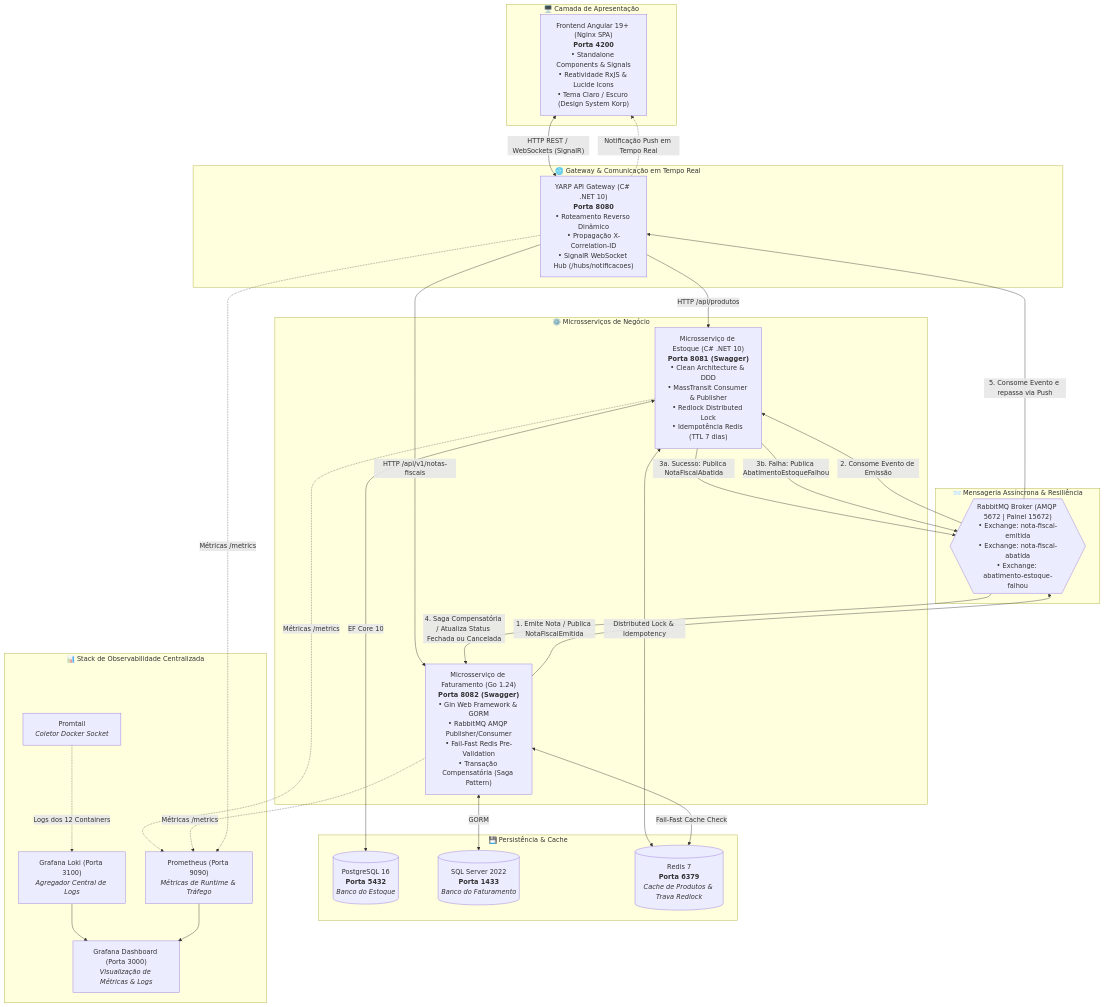
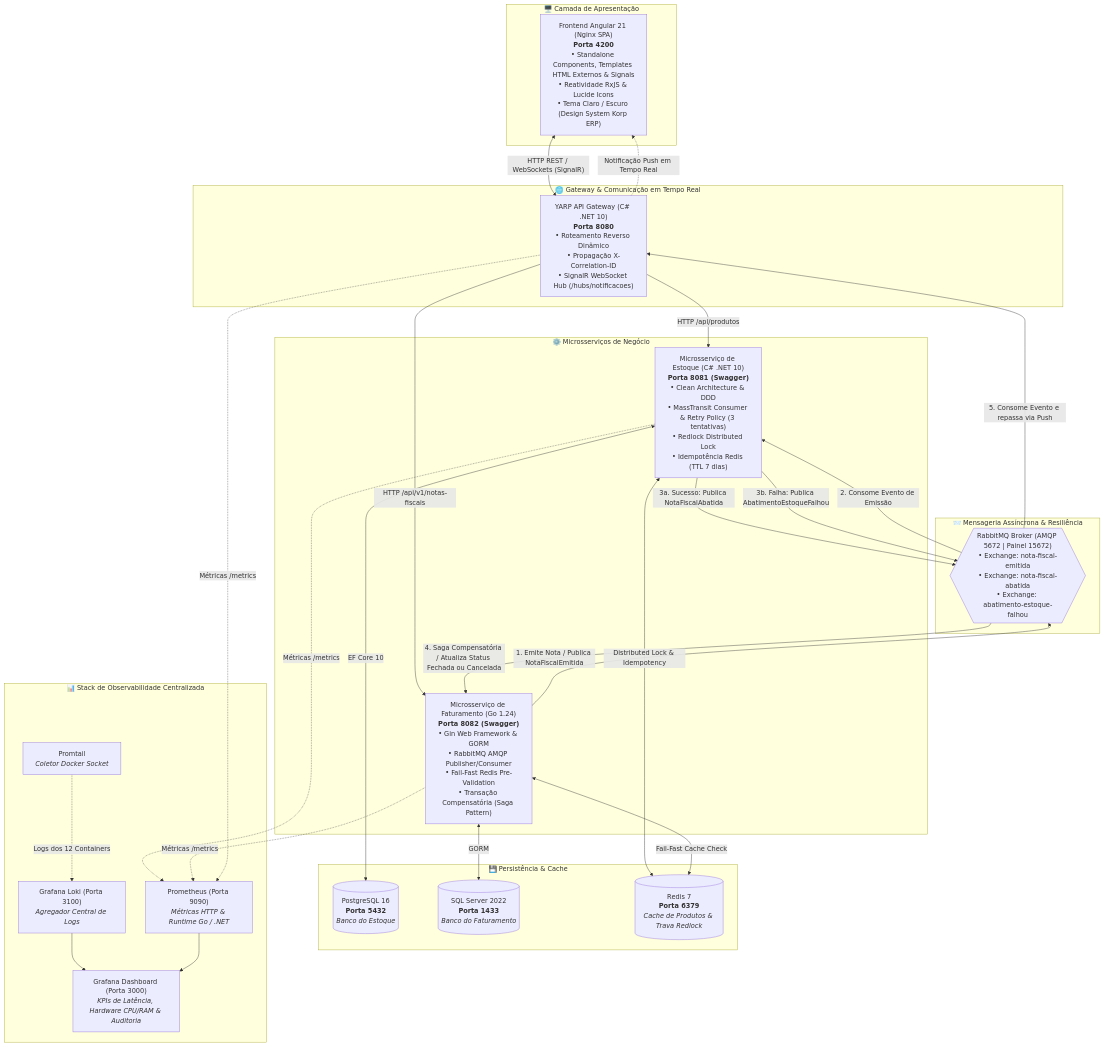
The diagram in README.md (pheiterer/Korp_Teste_Paulo), drawn with Mermaid before and after one commit. The commit also changed other lines of this file, not shown here.

Commit message:
docs: update README.md and Plan.md with technical PDF answers, hardware metrics, k6/E2E test suites, and Angular template separation

````diff
--- a/README.md
+++ b/README.md
@@ -11,61 +11,61 @@
 ```mermaid
 flowchart TD
     subgraph Client["🖥️ Camada de Apresentação"]
-        Angular["Frontend Angular 19+ (Nginx SPA)<br/><b>Porta 4200</b><br/>• Standalone Components & Signals<br/>• Reatividade RxJS & Lucide Icons<br/>• Tema Claro / Escuro (Design System Korp)"]
+        Angular["Frontend Angular 21 (Nginx SPA)<br/><b>Porta 4200</b><br/>• Standalone Components, Templates HTML Externos & Signals<br/>• Reatividade RxJS & Lucide Icons<br/>• Tema Claro / Escuro (Design System Korp ERP)"]
     end
 
     subgraph GatewayLayer["🌐 Gateway & Comunicação em Tempo Real"]
         YARP["YARP API Gateway (C# .NET 10)<br/><b>Porta 8080</b><br/>• Roteamento Reverso Dinâmico<br/>• Propagação X-Correlation-ID<br/>• SignalR WebSocket Hub (/hubs/notificacoes)"]
     end
 
     subgraph Services["⚙️ Microsserviços de Negócio"]
-        Estoque["Microsserviço de Estoque (C# .NET 10)<br/><b>Porta 8081 (Swagger)</b><br/>• Clean Architecture & DDD<br/>• MassTransit Consumer & Publisher<br/>• Redlock Distributed Lock<br/>• Idempotência Redis (TTL 7 dias)"]
+        Estoque["Microsserviço de Estoque (C# .NET 10)<br/><b>Porta 8081 (Swagger)</b><br/>• Clean Architecture & DDD<br/>• MassTransit Consumer & Retry Policy (3 tentativas)<br/>• Redlock Distributed Lock<br/>• Idempotência Redis (TTL 7 dias)"]
         Faturamento["Microsserviço de Faturamento (Go 1.24)<br/><b>Porta 8082 (Swagger)</b><br/>• Gin Web Framework & GORM<br/>• RabbitMQ AMQP Publisher/Consumer<br/>• Fail-Fast Redis Pre-Validation<br/>• Transação Compensatória (Saga Pattern)"]
     end
 
     subgraph Persistence["💾 Persistência & Cache"]
         Postgres[("PostgreSQL 16<br/><b>Porta 5432</b><br/><i>Banco do Estoque</i>")]
         SQLServer[("SQL Server 2022<br/><b>Porta 1433</b><br/><i>Banco do Faturamento</i>")]
         Redis[("Redis 7<br/><b>Porta 6379</b><br/><i>Cache de Produtos & Trava Redlock</i>")]
     end
 
     subgraph Messaging["📨 Mensageria Assíncrona & Resiliência"]
         RabbitMQ{{"RabbitMQ Broker (AMQP 5672 | Painel 15672)<br/>• Exchange: nota-fiscal-emitida<br/>• Exchange: nota-fiscal-abatida<br/>• Exchange: abatimento-estoque-falhou"}}
     end
 
     subgraph Observability["📊 Stack de Observabilidade Centralizada"]
-        Prometheus["Prometheus (Porta 9090)<br/><i>Métricas de Runtime & Tráfego</i>"]
+        Prometheus["Prometheus (Porta 9090)<br/><i>Métricas HTTP & Runtime Go / .NET</i>"]
         Promtail["Promtail<br/><i>Coletor Docker Socket</i>"]
         Loki["Grafana Loki (Porta 3100)<br/><i>Agregador Central de Logs</i>"]
-        Grafana["Grafana Dashboard (Porta 3000)<br/><i>Visualização de Métricas & Logs</i>"]
+        Grafana["Grafana Dashboard (Porta 3000)<br/><i>KPIs de Latência, Hardware CPU/RAM & Auditoria</i>"]
     end
 
     %% Fluxo de Requisição Cliente & Gateway
     Angular <-->|"HTTP REST / WebSockets (SignalR)"| YARP
     YARP -->|"HTTP /api/produtos"| Estoque
     YARP -->|"HTTP /api/v1/notas-fiscais"| Faturamento
 
     %% Banco de Dados e Cache
     Estoque <-->|"EF Core 10"| Postgres
     Estoque <-->|"Distributed Lock & Idempotency"| Redis
 
     Faturamento <-->|"GORM"| SQLServer
     Faturamento <-->|"Fail-Fast Cache Check"| Redis
 
     %% Ciclo de Eventos da Máquina de Estados (Saga)
     Faturamento -->|"1. Emite Nota / Publica NotaFiscalEmitida"| RabbitMQ
     RabbitMQ -->|"2. Consome Evento de Emissão"| Estoque
     Estoque -->|"3a. Sucesso: Publica NotaFiscalAbatida"| RabbitMQ
     Estoque -->|"3b. Falha: Publica AbatimentoEstoqueFalhou"| RabbitMQ
     RabbitMQ -->|"4. Saga Compensatória / Atualiza Status Fechada ou Cancelada"| Faturamento
     RabbitMQ -->|"5. Consome Evento e repassa via Push"| YARP
     YARP -.->|"Notificação Push em Tempo Real"| Angular
 
     %% Observabilidade
     Estoque -.->|"Métricas /metrics"| Prometheus
     Faturamento -.->|"Métricas /metrics"| Prometheus
     YARP -.->|"Métricas /metrics"| Prometheus
     Promtail -.->|"Logs dos 12 Containers"| Loki
     Loki --> Grafana
     Prometheus --> Grafana
 ```
````
